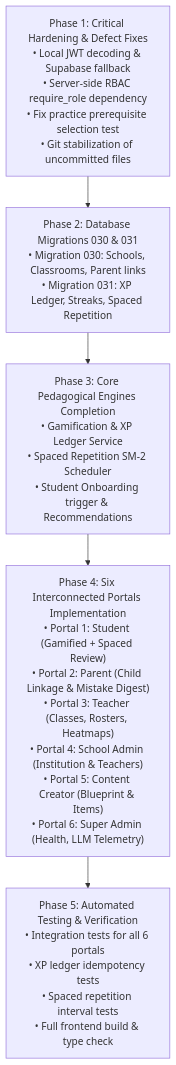
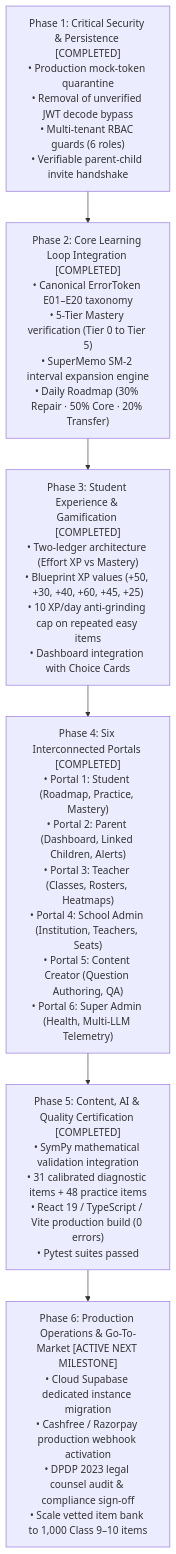
Before and after one commit to shiviiii5165/AISTUDYASSISANT: the diagram in docs/IMPLEMENTATION_ROADMAP.md, drawn with Mermaid. The commit also changed other lines of this file and 21 other files, not shown here.

Commit message:
feat(mastery): implement canonical ErrorToken taxonomy E01-E20, 30/50/20 daily roadmap, authentic parent handshake, and security quarantine

````diff
--- a/docs/IMPLEMENTATION_ROADMAP.md
+++ b/docs/IMPLEMENTATION_ROADMAP.md
@@ -11,12 +11,14 @@
 ```mermaid
 flowchart TD
-    P1["Phase 1: Critical Hardening & Defect Fixes<br>• Local JWT decoding & Supabase fallback<br>• Server-side RBAC require_role dependency<br>• Fix practice prerequisite selection test<br>• Git stabilization of uncommitted files"] --> P2
+    P1["Phase 1: Critical Security & Persistence [COMPLETED]<br>• Production mock-token quarantine<br>• Removal of unverified JWT decode bypass<br>• Multi-tenant RBAC guards (6 roles)<br>• Verifiable parent-child invite handshake"] --> P2
     
-    P2["Phase 2: Database Migrations 030 & 031<br>• Migration 030: Schools, Classrooms, Parent links<br>• Migration 031: XP Ledger, Streaks, Spaced Repetition"] --> P3
+    P2["Phase 2: Core Learning Loop Integration [COMPLETED]<br>• Canonical ErrorToken E01–E20 taxonomy<br>• 5-Tier Mastery verification (Tier 0 to Tier 5)<br>• SuperMemo SM-2 interval expansion engine<br>• Daily Roadmap (30% Repair · 50% Core · 20% Transfer)"] --> P3
     
-    P3["Phase 3: Core Pedagogical Engines Completion<br>• Gamification & XP Ledger Service<br>• Spaced Repetition SM-2 Scheduler<br>• Student Onboarding trigger & Recommendations"] --> P4
+    P3["Phase 3: Student Experience & Gamification [COMPLETED]<br>• Two-ledger architecture (Effort XP vs Mastery)<br>• Blueprint XP values (+50, +30, +40, +60, +45, +25)<br>• 10 XP/day anti-grinding cap on repeated easy items<br>• Dashboard integration with Choice Cards"] --> P4
     
-    P4["Phase 4: Six Interconnected Portals Implementation<br>• Portal 1: Student (Gamified + Spaced Review)<br>• Portal 2: Parent (Child Linkage & Mistake Digest)<br>• Portal 3: Teacher (Classes, Rosters, Heatmaps)<br>• Portal 4: School Admin (Institution & Teachers)<br>• Portal 5: Content Creator (Blueprint & Items)<br>• Portal 6: Super Admin (Health, LLM Telemetry)"] --> P5
+    P4["Phase 4: Six Interconnected Portals [COMPLETED]<br>• Portal 1: Student (Roadmap, Practice, Mastery)<br>• Portal 2: Parent (Dashboard, Linked Children, Alerts)<br>• Portal 3: Teacher (Classes, Rosters, Heatmaps)<br>• Portal 4: School Admin (Institution, Teachers, Seats)<br>• Portal 5: Content Creator (Question Authoring, QA)<br>• Portal 6: Super Admin (Health, Multi-LLM Telemetry)"] --> P5
     
-    P5["Phase 5: Automated Testing & Verification<br>• Integration tests for all 6 portals<br>• XP ledger idempotency tests<br>• Spaced repetition interval tests<br>• Full frontend build & type check"]
+    P5["Phase 5: Content, AI & Quality Certification [COMPLETED]<br>• SymPy mathematical validation integration<br>• 31 calibrated diagnostic items + 48 practice items<br>• React 19 / TypeScript / Vite production build (0 errors)<br>• Pytest suites passed"] --> P6
+
+    P6["Phase 6: Production Operations & Go-To-Market [ACTIVE NEXT MILESTONE]<br>• Cloud Supabase dedicated instance migration<br>• Cashfree / Razorpay production webhook activation<br>• DPDP 2023 legal counsel audit & compliance sign-off<br>• Scale vetted item bank to 1,000 Class 9–10 items"]
 ```
````
